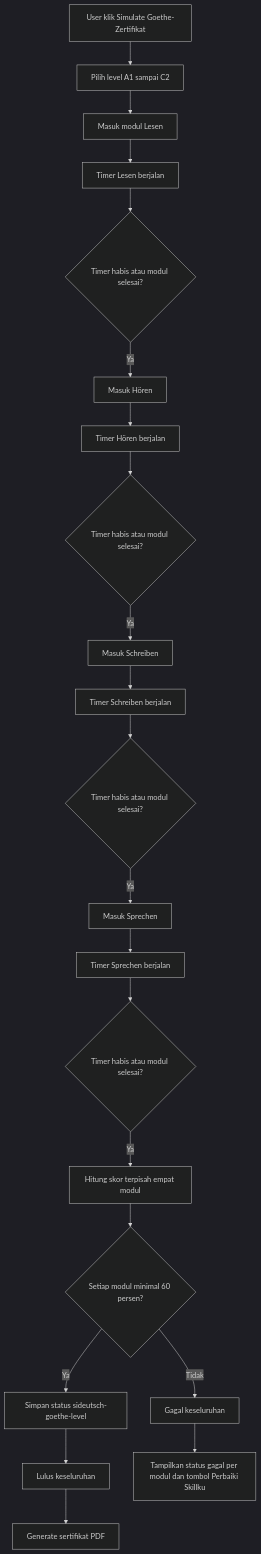
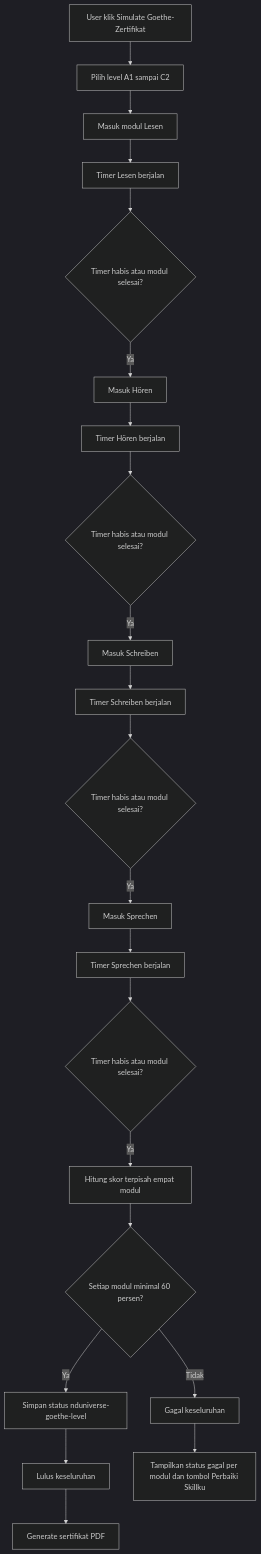
Before and after one commit to nandayudhistirawibowo/NdUniverse: the eighth of 11 diagrams in FLOWCHART.md, drawn with Mermaid (dark theme). The commit also changed other lines of this file and 6 other files, not shown here.

Commit message:
Docs: Bersih-bersih dokumentasi (hapus Handover lama, update PRD, FLOWCHART, TESTING, PLAN, & SQL)

````diff
--- a/FLOWCHART.md
+++ b/FLOWCHART.md
@@ -157,23 +157,23 @@
 ```mermaid
 flowchart TD
     A[User klik Simulate Goethe-Zertifikat] --> B[Pilih level A1 sampai C2]
     B --> C[Masuk modul Lesen]
     C --> D[Timer Lesen berjalan]
     D --> E{Timer habis atau modul selesai?}
     E -->|Ya| F[Masuk Hören]
     F --> G[Timer Hören berjalan]
     G --> H{Timer habis atau modul selesai?}
     H -->|Ya| I[Masuk Schreiben]
     I --> J[Timer Schreiben berjalan]
     J --> K{Timer habis atau modul selesai?}
     K -->|Ya| L[Masuk Sprechen]
     L --> M[Timer Sprechen berjalan]
     M --> N{Timer habis atau modul selesai?}
     N -->|Ya| O[Hitung skor terpisah empat modul]
     O --> P{Setiap modul minimal 60 persen?}
-    P -->|Ya| Q[Simpan status sideutsch-goethe-level]
+    P -->|Ya| Q[Simpan status nduniverse-goethe-level]
     Q --> R[Lulus keseluruhan]
     R --> S[Generate sertifikat PDF]
     P -->|Tidak| T[Gagal keseluruhan]
     T --> U[Tampilkan status gagal per modul dan tombol Perbaiki Skillku]
 ```
````
